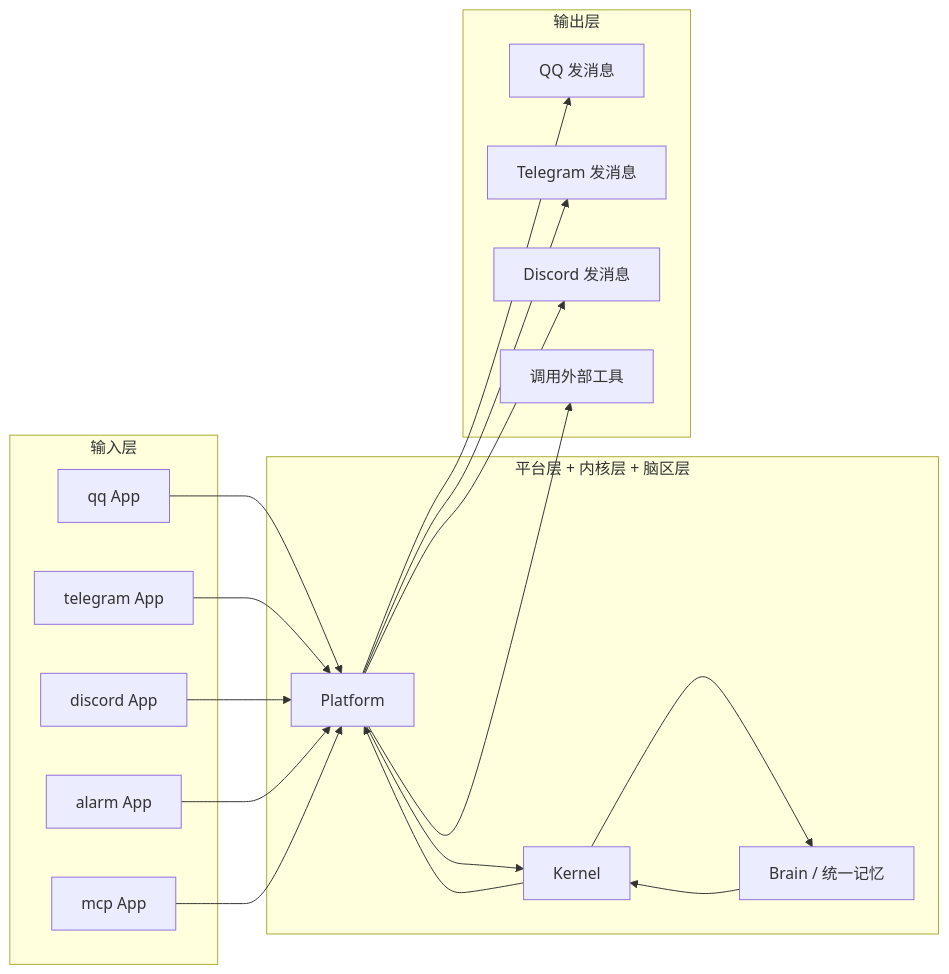
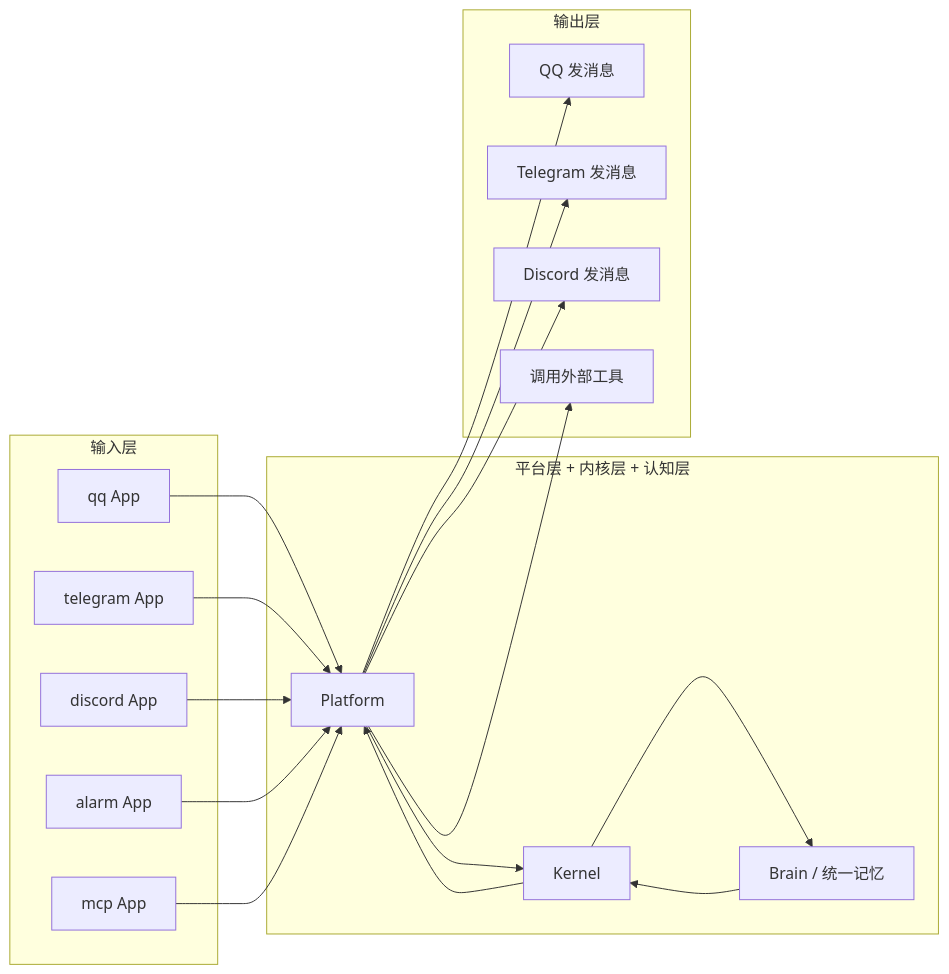
Before and after one commit to JuFireX/AuroraBot: the diagram in docs/qa/cross-platform.md, drawn with Mermaid. The commit also changed other lines of this file and 17 other files, not shown here.

````diff
--- a/docs/qa/cross-platform.md
+++ b/docs/qa/cross-platform.md
@@ -127,35 +127,35 @@
 ```mermaid
 flowchart LR
     subgraph INPUT["输入层"]
         QQ_IN["qq App"]
         TG_IN["telegram App"]
         DC_IN["discord App"]
         ALARM["alarm App"]
         MCP["mcp App"]
     end
 
-    subgraph CORE["平台层 + 内核层 + 脑区层"]
+    subgraph CORE["平台层 + 内核层 + 认知层"]
         PLATFORM["Platform"]
         KERNEL["Kernel"]
         BRAIN["Brain / 统一记忆"]
     end
 
     subgraph OUTPUT["输出层"]
         QQ_OUT["QQ 发消息"]
         TG_OUT["Telegram 发消息"]
         DC_OUT["Discord 发消息"]
         TOOL["调用外部工具"]
     end
 
     QQ_IN --> PLATFORM
     TG_IN --> PLATFORM
     DC_IN --> PLATFORM
     ALARM --> PLATFORM
     MCP --> PLATFORM
     PLATFORM --> KERNEL --> BRAIN
     BRAIN --> KERNEL --> PLATFORM
     PLATFORM --> QQ_OUT
     PLATFORM --> TG_OUT
     PLATFORM --> DC_OUT
     PLATFORM --> TOOL
 ```
````
